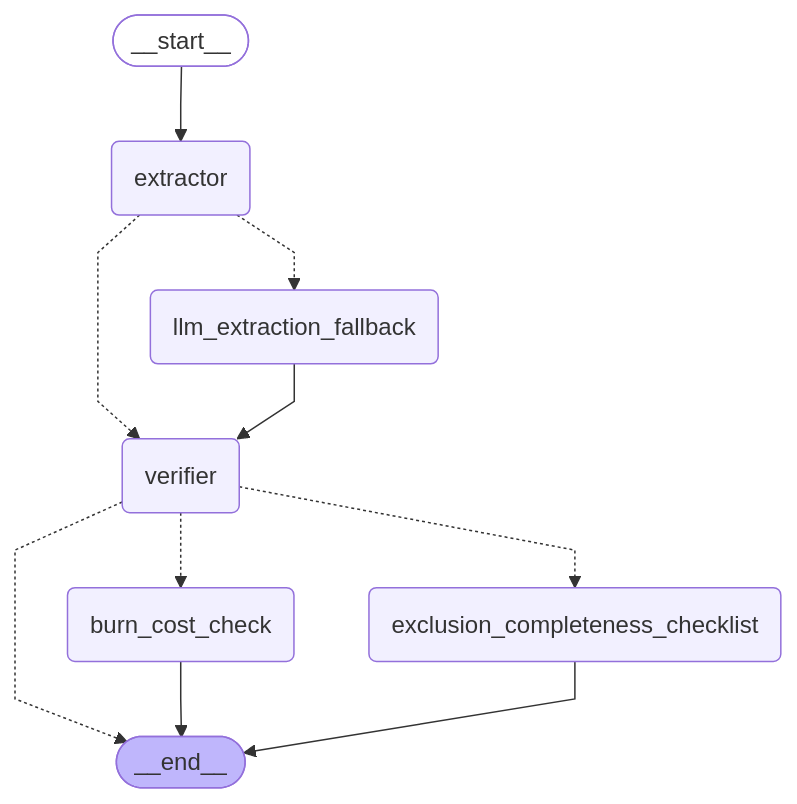
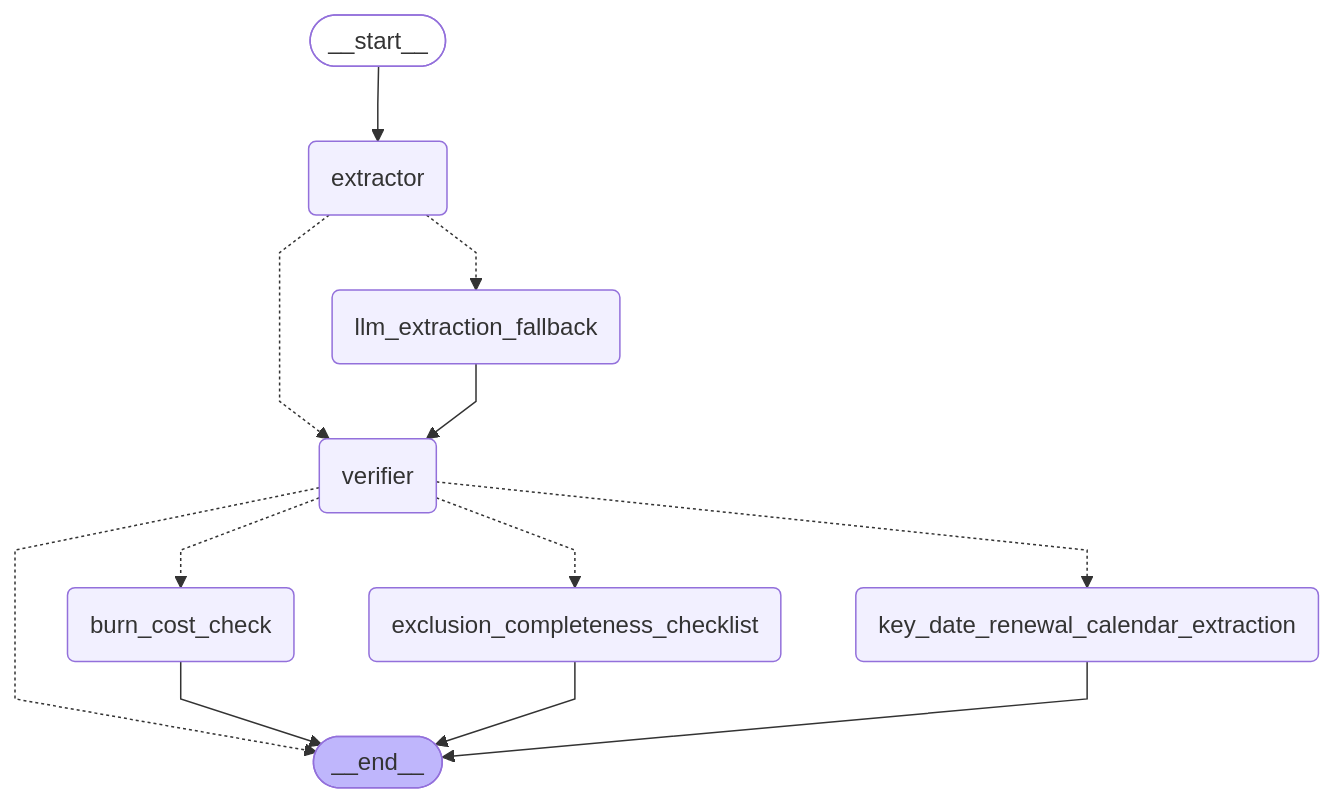
The second of 2 diagrams in README.md (iva2020dev/reinsurance-treaty-agent), drawn with Mermaid before and after one commit. The commit also changed other lines of this file and 4 other files, not shown here.

First line of the commit message:
Make the multi-task workflow graph example dynamic and widen its regen trigger (#110)

````diff
--- a/README.md
+++ b/README.md
@@ -81,27 +82,30 @@
 ```mermaid
 ---
 config:
   flowchart:
     curve: linear
 ---
 graph TD;
 	__start__([<p>__start__</p>]):::first
 	extractor(extractor)
 	llm_extraction_fallback(llm_extraction_fallback)
 	verifier(verifier)
 	burn_cost_check(burn_cost_check)
 	exclusion_completeness_checklist(exclusion_completeness_checklist)
+	key_date_renewal_calendar_extraction(key_date_renewal_calendar_extraction)
 	__end__([<p>__end__</p>]):::last
 	__start__ --> extractor;
 	extractor -.-> llm_extraction_fallback;
 	extractor -.-> verifier;
 	llm_extraction_fallback --> verifier;
 	verifier -.-> __end__;
 	verifier -.-> burn_cost_check;
 	verifier -.-> exclusion_completeness_checklist;
+	verifier -.-> key_date_renewal_calendar_extraction;
 	burn_cost_check --> __end__;
 	exclusion_completeness_checklist --> __end__;
+	key_date_renewal_calendar_extraction --> __end__;
 	classDef default fill:#f2f0ff,line-height:1.2
 	classDef first fill-opacity:0
 	classDef last fill:#bfb6fc
 ```
````
